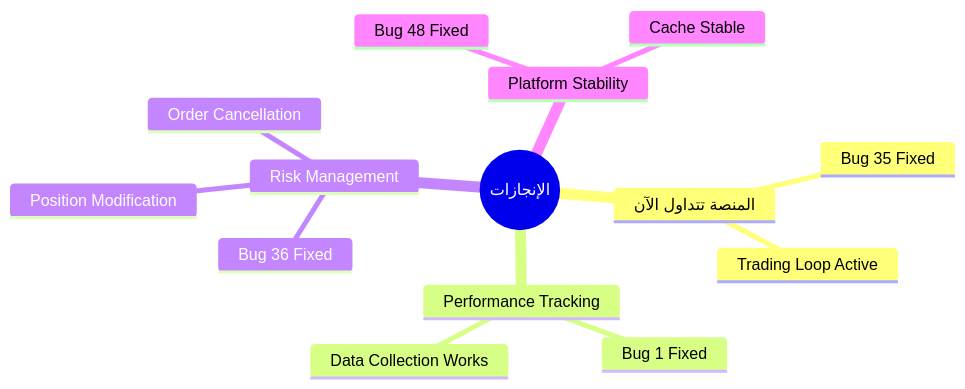
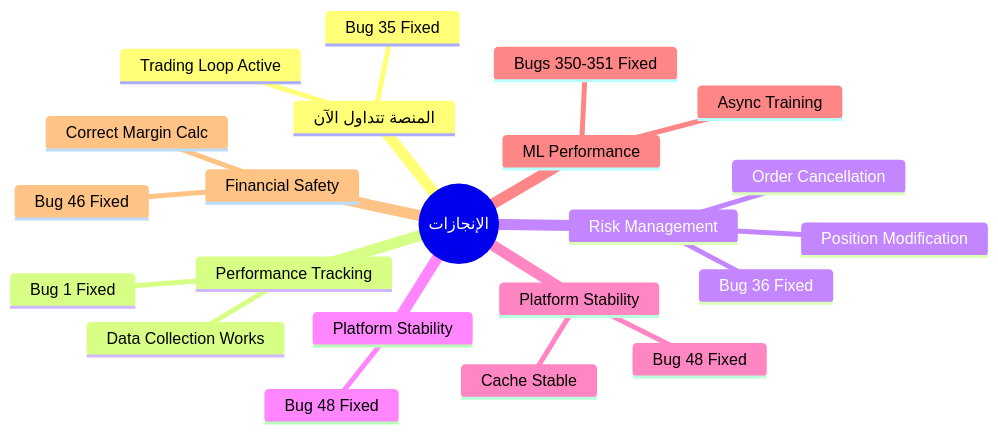
Before and after one commit to olevar2/Auj6: the fifth of 5 diagrams in docs/reports/COMPLETE_BUG_VERIFICATION_REPORT_NEW.md, drawn with Mermaid. The commit also changed other lines of this file and 7 other files, not shown here.

````diff
--- a/docs/reports/COMPLETE_BUG_VERIFICATION_REPORT_NEW.md
+++ b/docs/reports/COMPLETE_BUG_VERIFICATION_REPORT_NEW.md
@@ -813,17 +810,25 @@
 ```mermaid
 mindmap
   root((الإنجازات))
     المنصة تتداول الآن
       Bug 35 Fixed
       Trading Loop Active
     Performance Tracking
       Bug 1 Fixed
       Data Collection Works
     Risk Management
       Bug 36 Fixed
       Position Modification
       Order Cancellation
     Platform Stability
       Bug 48 Fixed
+    Platform Stability
+      Bug 48 Fixed
       Cache Stable
+    ML Performance
+      Bugs 350-351 Fixed
+      Async Training
+    Financial Safety
+      Bug 46 Fixed
+      Correct Margin Calc
 ```
````
